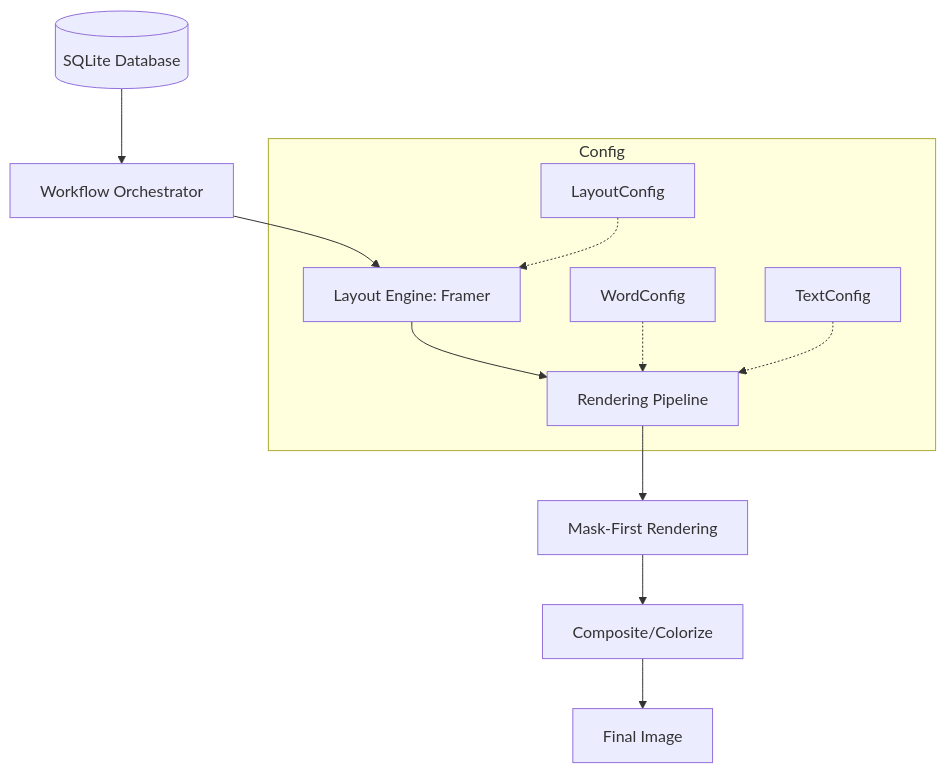
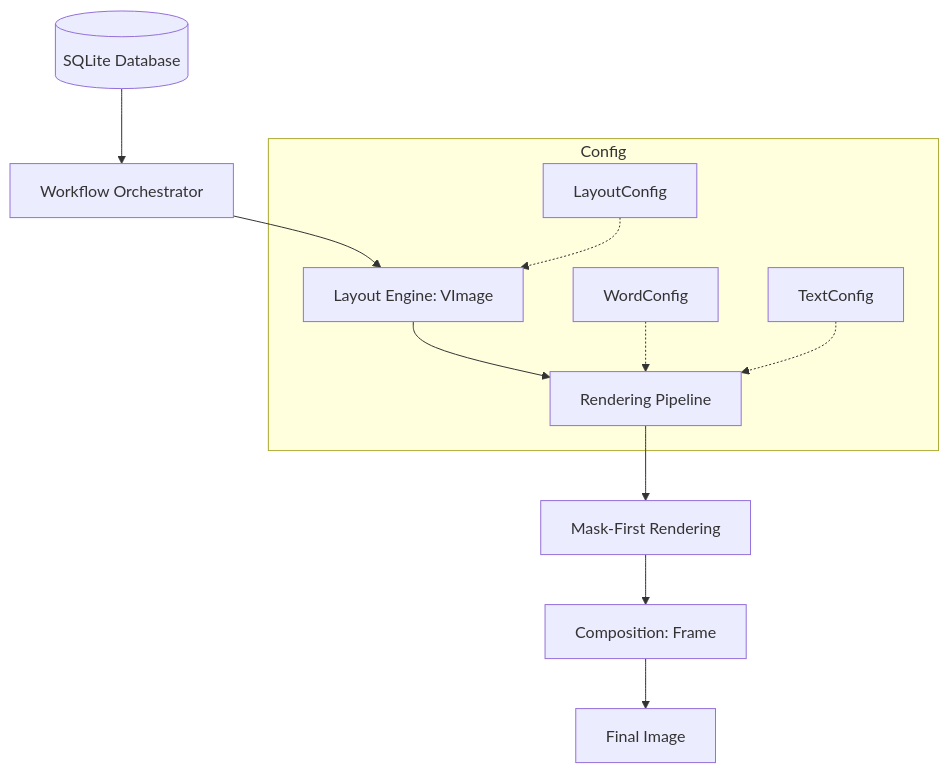
Before and after one commit to AtTheZenith/quranmedialib: the diagram in README.md, drawn with Mermaid. The commit also changed other lines of this file and 4 other files, not shown here.

````diff
--- a/README.md
+++ b/README.md
@@ -138,15 +138,15 @@
 ```mermaid
 graph TD
-    DB[(SQLite Database)] --> WF[Workflow Orchestrator]
-    WF --> Layout[Layout Engine: Framer]
+    DB[(SQLite Database)] -->     WF[Workflow Orchestrator]
+    WF --> Layout[Layout Engine: VImage]
     Layout --> Pipe[Rendering Pipeline]
     Pipe --> Mask[Mask-First Rendering]
-    Mask --> Comp[Composite/Colorize]
+    Mask --> Comp[Composition: Frame]
     Comp --> Out[Final Image]
     
     subgraph Config
         L[LayoutConfig] -.-> Layout
         W[WordConfig] -.-> Pipe
         T[TextConfig] -.-> Pipe
     end
 ```
````
